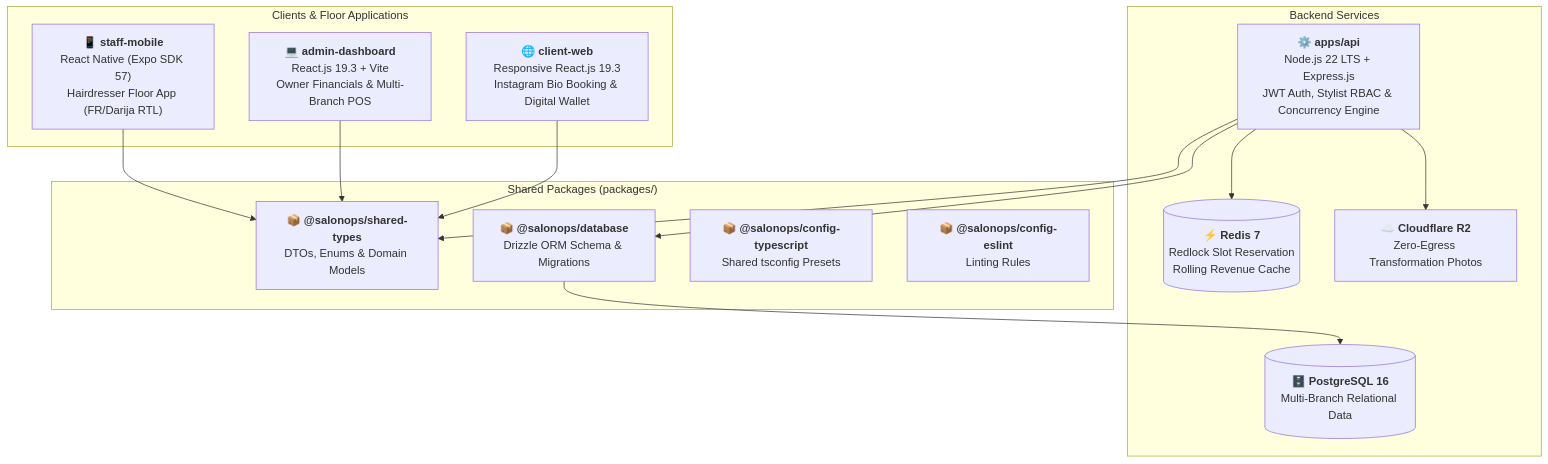
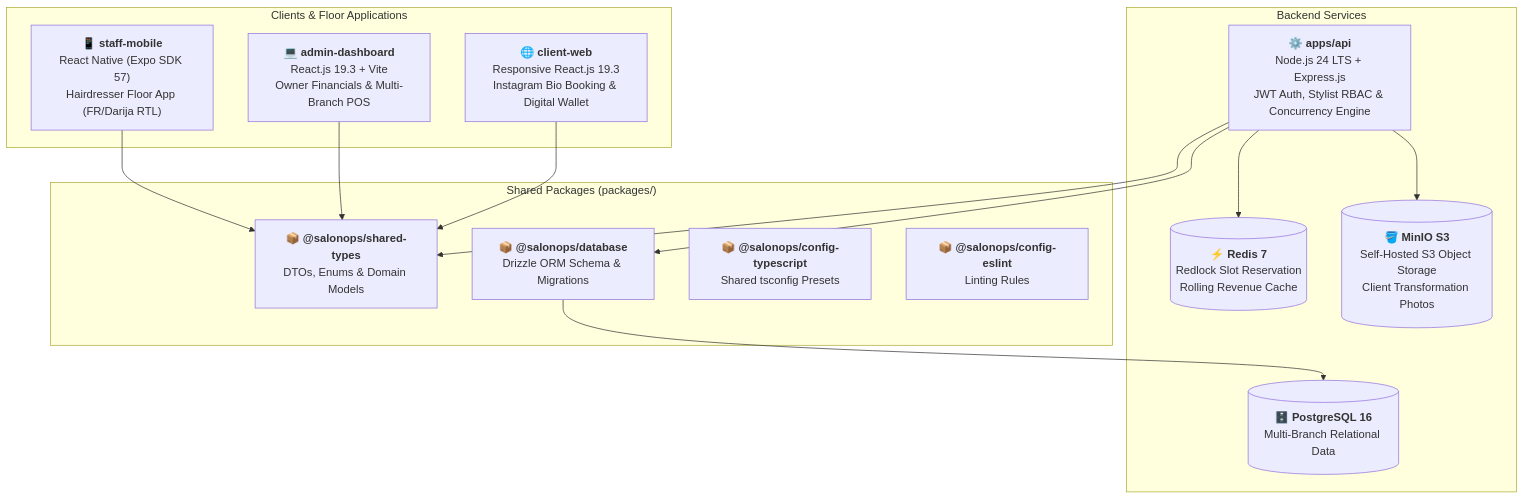
One commit to harbouli/salonops changed the diagram in README.md. Above: the diagram before and after it, drawn with Mermaid. The commit also changed other lines of this file and 8 other files, not shown here.

Commit message:
chore: update Node.js to 24 LTS and configure MinIO S3 object storage

````diff
--- a/README.md
+++ b/README.md
@@ -29,31 +29,31 @@
 ```mermaid
 graph TD
     subgraph "Clients & Floor Applications"
         MOB["📱 <b>staff-mobile</b><br/>React Native (Expo SDK 57)<br/>Hairdresser Floor App (FR/Darija RTL)"]
         ADMIN["💻 <b>admin-dashboard</b><br/>React.js 19.3 + Vite<br/>Owner Financials & Multi-Branch POS"]
         CLIENT["🌐 <b>client-web</b><br/>Responsive React.js 19.3<br/>Instagram Bio Booking & Digital Wallet"]
     end
 
     subgraph "Backend Services"
-        API["⚙️ <b>apps/api</b><br/>Node.js 22 LTS + Express.js<br/>JWT Auth, Stylist RBAC & Concurrency Engine"]
+        API["⚙️ <b>apps/api</b><br/>Node.js 24 LTS + Express.js<br/>JWT Auth, Stylist RBAC & Concurrency Engine"]
         REDIS[("⚡ <b>Redis 7</b><br/>Redlock Slot Reservation<br/>Rolling Revenue Cache")]
         POSTGRES[("🗄️ <b>PostgreSQL 16</b><br/>Multi-Branch Relational Data")]
-        R2["☁️ <b>Cloudflare R2</b><br/>Zero-Egress Transformation Photos"]
+        MINIO[("🪣 <b>MinIO S3</b><br/>Self-Hosted S3 Object Storage<br/>Client Transformation Photos")]
     end
 
     subgraph "Shared Packages (packages/)"
         TYPES["📦 <b>@salonops/shared-types</b><br/>DTOs, Enums & Domain Models"]
         DB["📦 <b>@salonops/database</b><br/>Drizzle ORM Schema & Migrations"]
         TSCONFIG["📦 <b>@salonops/config-typescript</b><br/>Shared tsconfig Presets"]
         ESLINT["📦 <b>@salonops/config-eslint</b><br/>Linting Rules"]
     end
 
     MOB --> TYPES
     ADMIN --> TYPES
     CLIENT --> TYPES
     API --> TYPES
     API --> DB
     API --> REDIS
-    API --> R2
+    API --> MINIO
     DB --> POSTGRES
 ```
````
